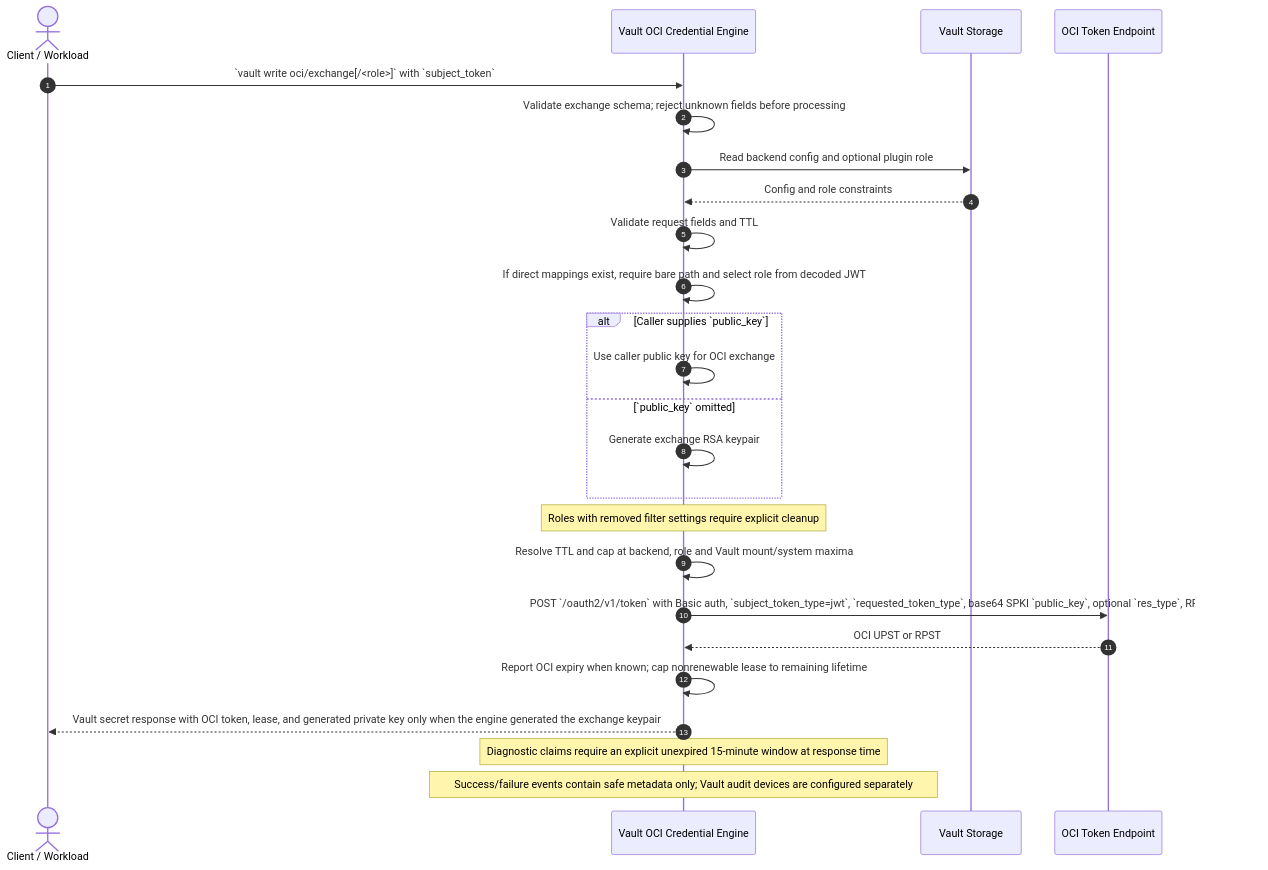
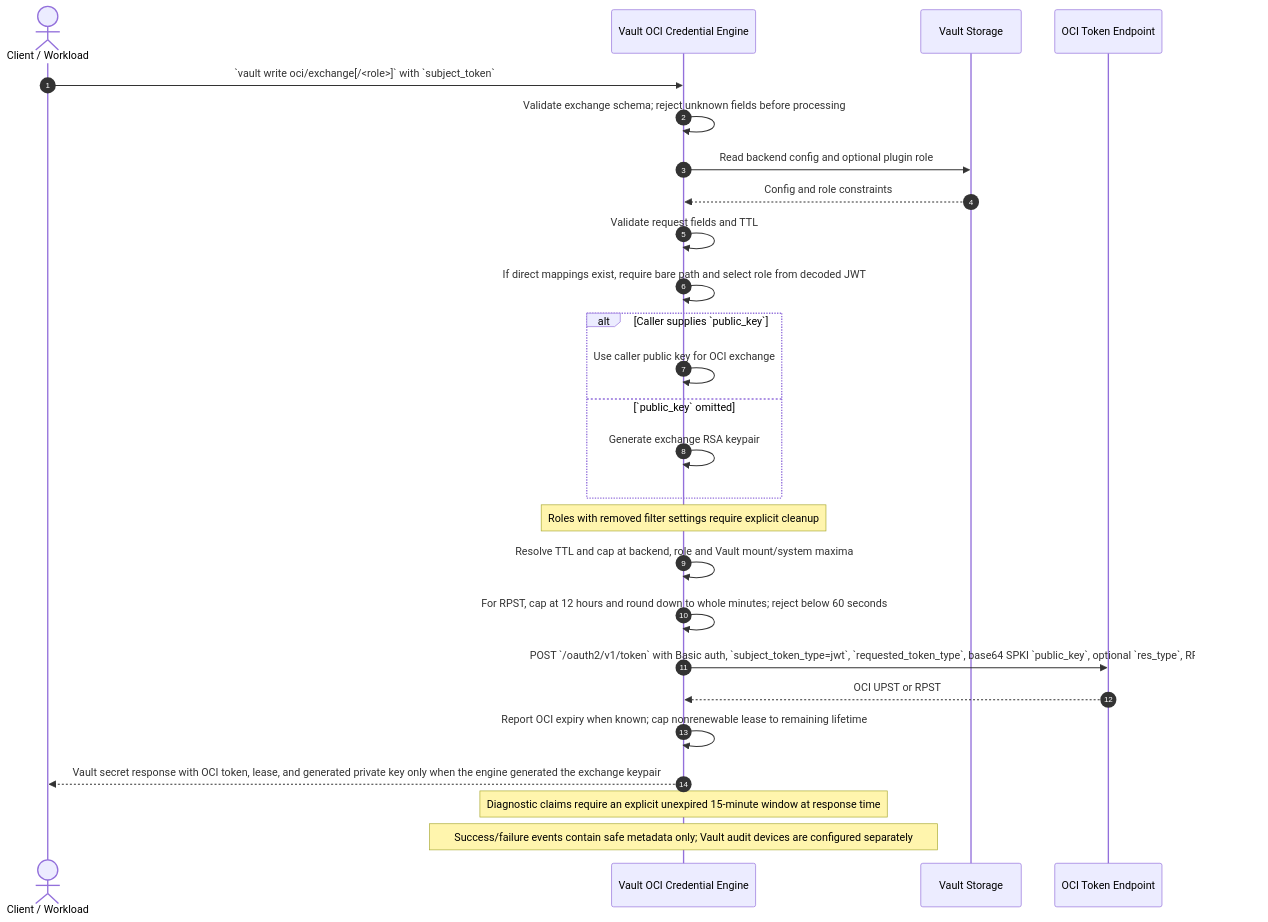
The diagram in docs/sequence-diagrams/01-caller-supplied-subject-token.mmd (gtrevorrow/Hashicorp-OCI-credential-engine), drawn with Mermaid before and after one commit. The commit also changed 14 other files, not shown here.

Commit message:
fix(exchange): convert RPST lifetimes from seconds to minutes

```diff
--- a/docs/sequence-diagrams/01-caller-supplied-subject-token.mmd
+++ b/docs/sequence-diagrams/01-caller-supplied-subject-token.mmd
@@ -1,26 +1,27 @@
 sequenceDiagram
     autonumber
     actor C as Client / Workload
     participant V as Vault OCI Credential Engine
     participant S as Vault Storage
     participant O as OCI Token Endpoint
 
     C->>V: `vault write oci/exchange[/<role>]` with `subject_token`
     V->>V: Validate exchange schema#59; reject unknown fields before processing
     V->>S: Read backend config and optional plugin role
     S-->>V: Config and role constraints
     V->>V: Validate request fields and TTL
     V->>V: If direct mappings exist, require bare path and select role from decoded JWT
     alt Caller supplies `public_key`
         V->>V: Use caller public key for OCI exchange
     else `public_key` omitted
         V->>V: Generate exchange RSA keypair
     end
     Note over V: Roles with removed filter settings require explicit cleanup
     V->>V: Resolve TTL and cap at backend, role and Vault mount/system maxima
+    V->>V: For RPST, cap at 12 hours and round down to whole minutes#59; reject below 60 seconds
     V->>O: POST `/oauth2/v1/token` with Basic auth, `subject_token_type=jwt`, `requested_token_type`, base64 SPKI `public_key`, optional `res_type`, RPST `rpst_exp`
     O-->>V: OCI UPST or RPST
     V->>V: Report OCI expiry when known#59; cap nonrenewable lease to remaining lifetime
     V-->>C: Vault secret response with OCI token, lease, and generated private key only when the engine generated the exchange keypair
     Note over V: Diagnostic claims require an explicit unexpired 15-minute window at response time
     Note over V: Success/failure events contain safe metadata only#59; Vault audit devices are configured separately
```
